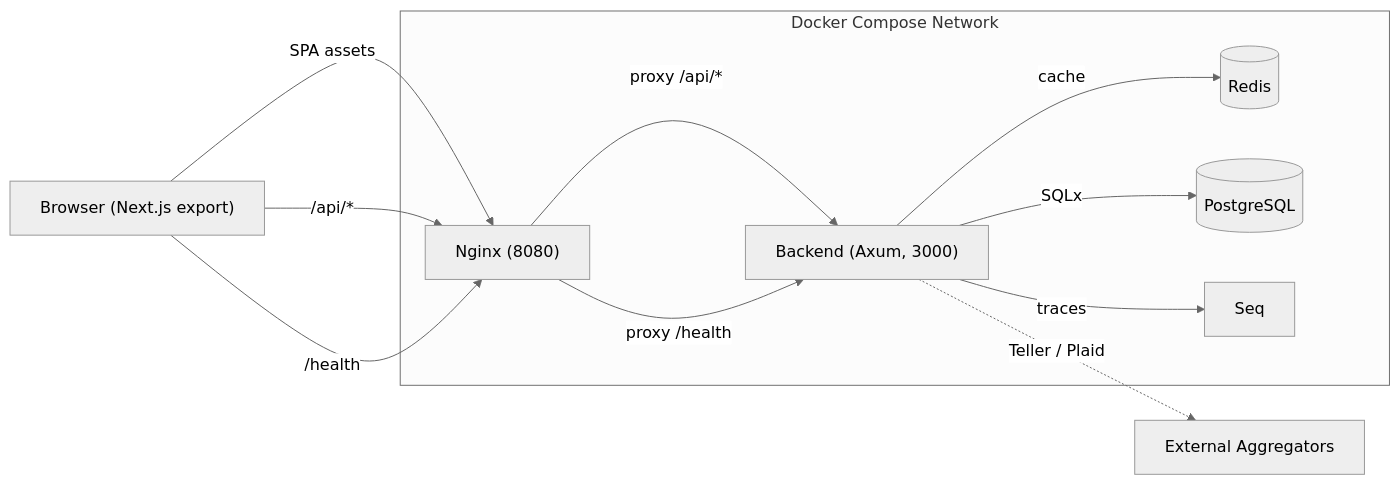
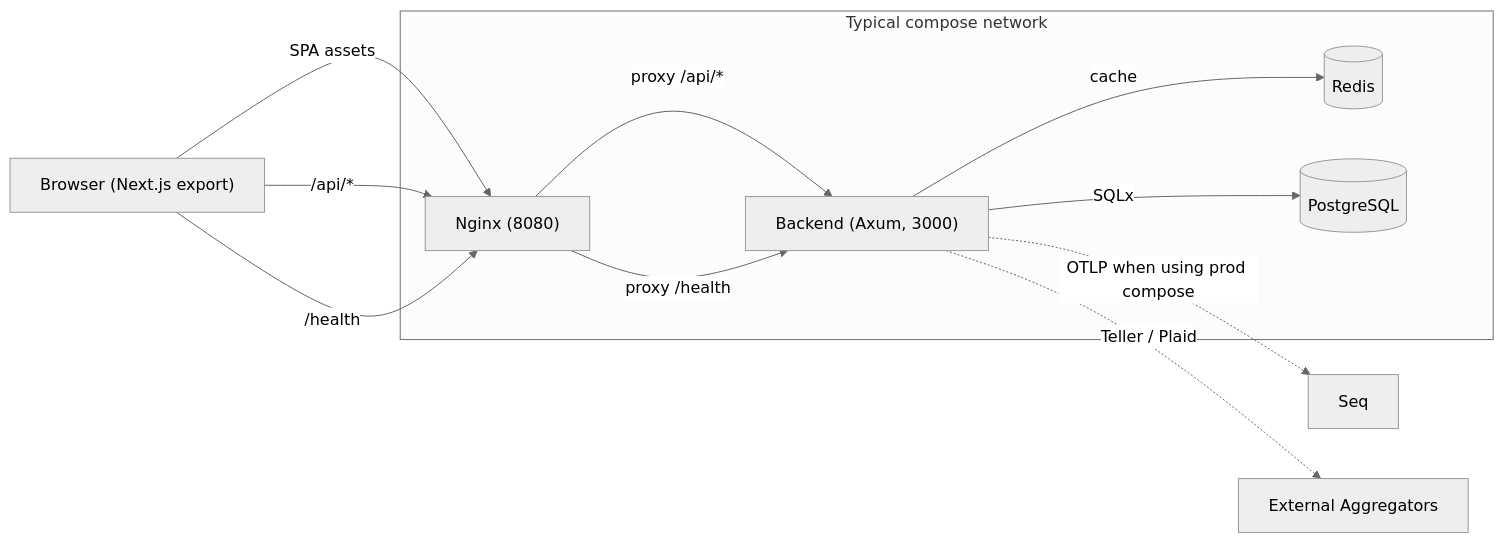
The diagram in docs/ARCHITECTURE.md (TwoBitFoundry/sumurai), drawn with Mermaid (neutral theme) before and after one commit. The commit also changed other lines of this file and 21 other files, not shown here.

````diff
--- a/docs/ARCHITECTURE.md
+++ b/docs/ARCHITECTURE.md
@@ -15,22 +15,21 @@
 ```mermaid
 flowchart LR
   Browser["Browser (Next.js export)"] -->|SPA assets| Nginx["Nginx (8080)"]
   Browser -->|/api/*| Nginx
   Browser -->|/health| Nginx
 
   Nginx -->|proxy /api/*| Backend["Backend (Axum, 3000)"]
   Nginx -->|proxy /health| Backend
 
   Backend -->|cache| Redis[(Redis)]
   Backend -->|SQLx| Postgres[(PostgreSQL)]
-  Backend -->|traces| Seq["Seq"]
+  Backend -.->|OTLP when using prod compose| Seq["Seq"]
   Backend -.->|Teller / Plaid| Providers["External Aggregators"]
 
-  subgraph "Docker Compose Network"
+  subgraph "Typical compose network"
     Nginx
     Backend
     Redis
     Postgres
-    Seq
   end
 ```
````
